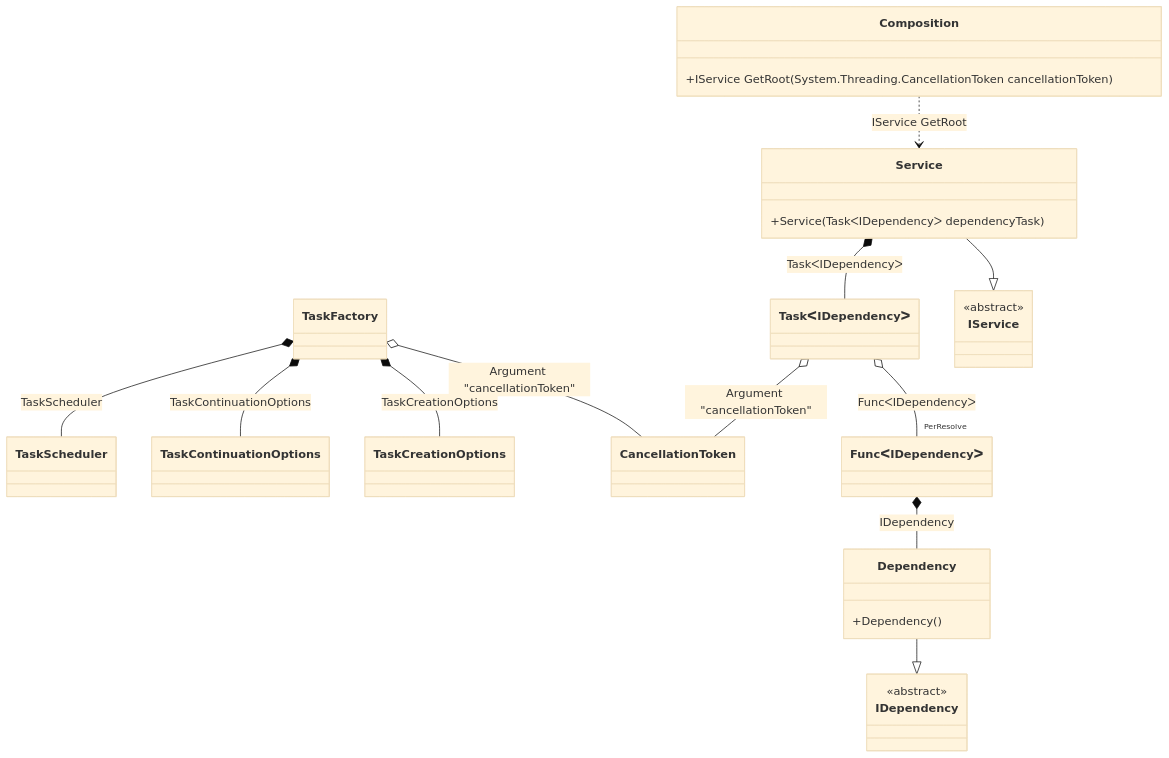
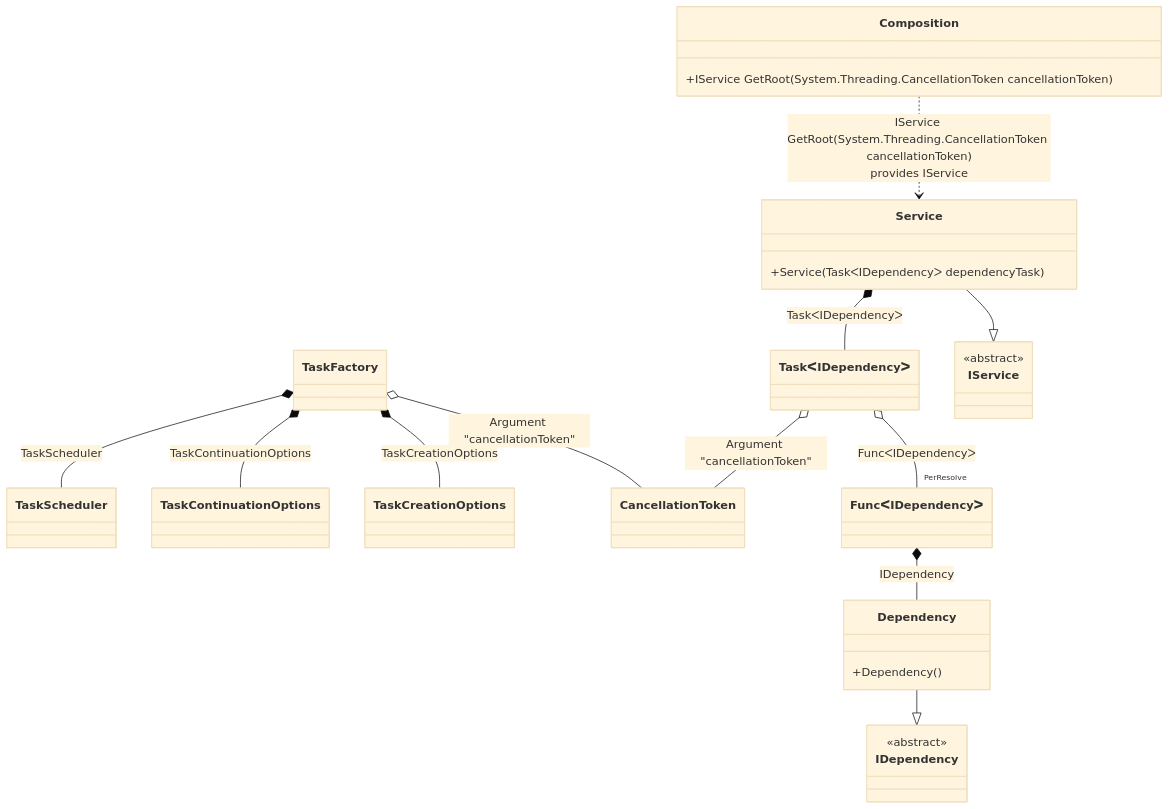
Before and after one commit to DevTeam/Pure.DI: the diagram in readme/manually-started-tasks.md, drawn with Mermaid (base theme). The commit also changed other lines of this file and 73 other files, not shown here.

````diff
--- a/readme/manually-started-tasks.md
+++ b/readme/manually-started-tasks.md
@@ -70,33 +70,33 @@
 ```mermaid
 classDiagram
   class Composition {
     +IService GetRoot(System.Threading.CancellationToken cancellationToken)
   }
   class TaskFactory
   class CancellationToken
   Dependency --|> IDependency : 
   class Dependency {
     +Dependency()
   }
   Service --|> IService : 
   class Service {
     +Service(TaskᐸIDependencyᐳ dependencyTask)
   }
   class TaskᐸIDependencyᐳ
   class FuncᐸIDependencyᐳ
   class IDependency {
     <<abstract>>
   }
   class IService {
     <<abstract>>
   }
   TaskFactory o-- CancellationToken : Argument "cancellationToken"
   TaskFactory *--  TaskCreationOptions : TaskCreationOptions
   TaskFactory *--  TaskContinuationOptions : TaskContinuationOptions
   TaskFactory *--  TaskScheduler : TaskScheduler
   Service *--  TaskᐸIDependencyᐳ : TaskᐸIDependencyᐳ
-  Composition ..> Service : IService GetRoot
+  Composition ..> Service : IService GetRoot(System.Threading.CancellationToken cancellationToken)<br/>provides IService
   TaskᐸIDependencyᐳ o--  "PerResolve" FuncᐸIDependencyᐳ : FuncᐸIDependencyᐳ
   TaskᐸIDependencyᐳ o-- CancellationToken : Argument "cancellationToken"
   FuncᐸIDependencyᐳ *--  Dependency : IDependency
 ```
````
